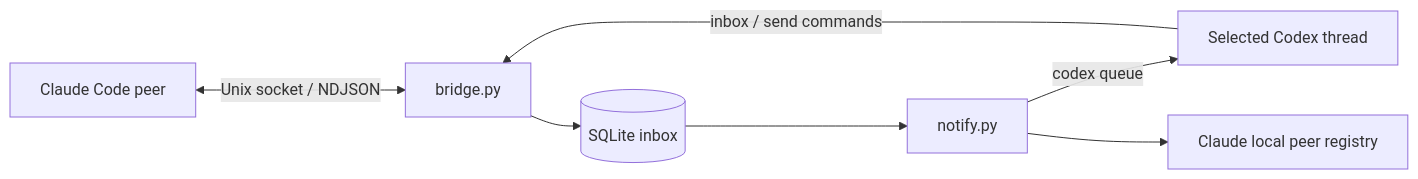
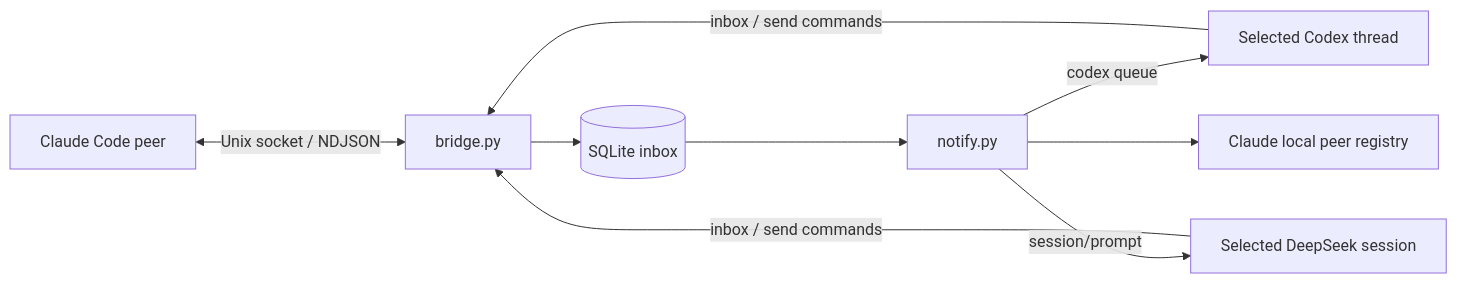
Before and after one commit to andyde8/codex-peer-bridge: the diagram in README.md, drawn with Mermaid. The commit also changed other lines of this file and 18 other files, not shown here.

First line of the commit message:
Add macOS support and a DeepSeek peer participant

````diff
--- a/README.md
+++ b/README.md
@@ -9,9 +25,11 @@
 ```mermaid
 flowchart LR
     Claude[Claude Code peer] <-->|Unix socket / NDJSON| Bridge[bridge.py]
     Bridge --> Inbox[(SQLite inbox)]
     Inbox --> Watcher[notify.py]
     Watcher -->|codex queue| Codex[Selected Codex thread]
+    Watcher -->|session/prompt| DSH[Selected DeepSeek session]
     Codex -->|inbox / send commands| Bridge
+    DSH -->|inbox / send commands| Bridge
     Watcher --> Registry[Claude local peer registry]
 ```
````
